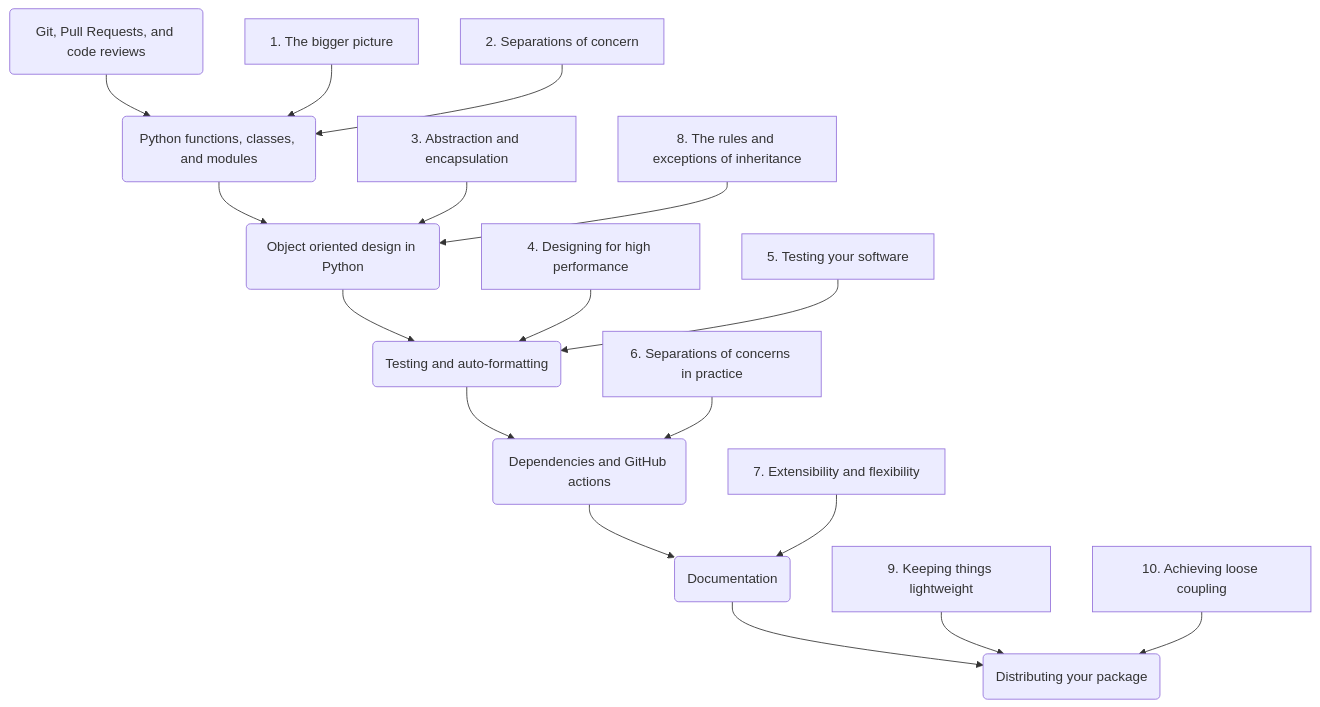
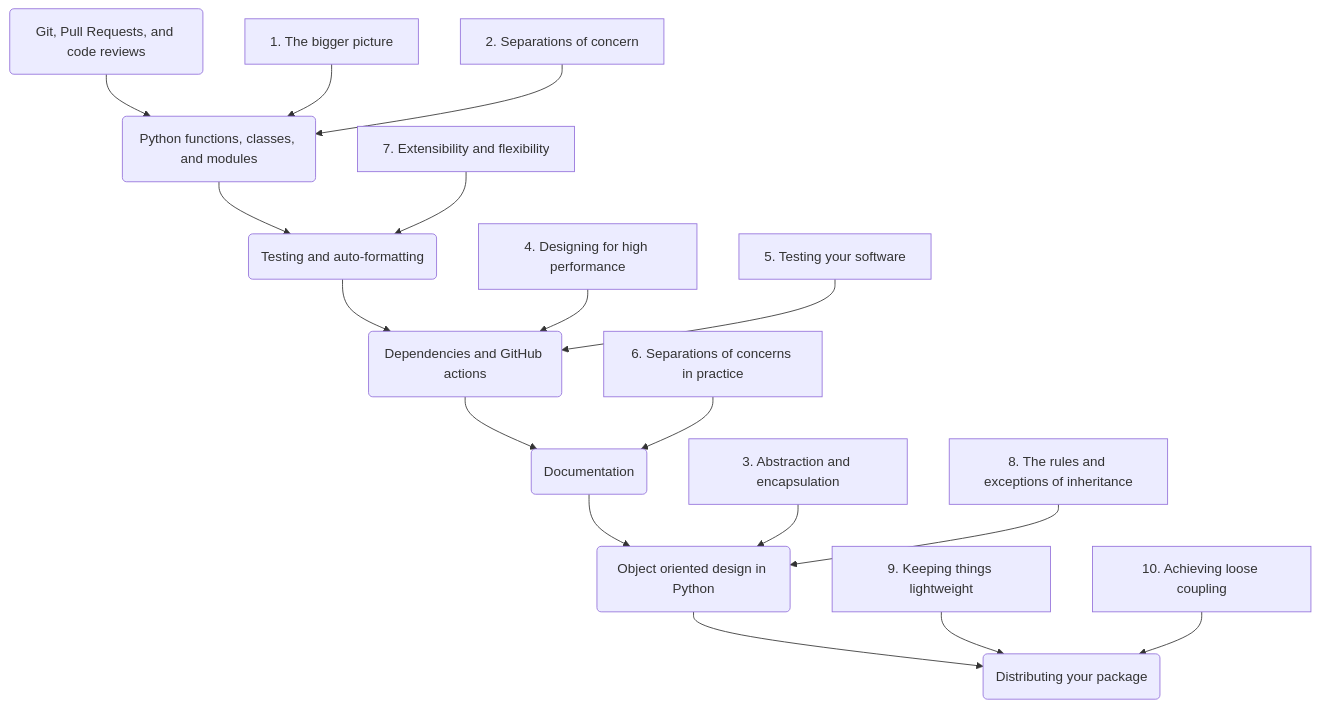
One commit to DHI/python-package-development changed the diagram in course_structure.md. Above: the diagram before and after it, drawn with Mermaid.

Commit message:
Re-order

````diff
--- a/course_structure.md
+++ b/course_structure.md
@@ -1,38 +1,38 @@
 ```mermaid
 
 flowchart TD
 
     M1(Git, Pull Requests, and code reviews)
     M2(Python functions, classes, and modules)
-    M3(Object oriented design in Python)
-    M4(Testing and auto-formatting)
-    M5(Dependencies and GitHub actions)
-    M6(Documentation)
+    M3(Testing and auto-formatting)
+    M4(Dependencies and GitHub actions)
+    M5(Documentation)
+    M6(Object oriented design in Python)
     M7(Distributing your package)
 
     B1[1. The bigger picture]
     B2[2. Separations of concern]
     B3[3. Abstraction and encapsulation]
     B4[4. Designing for high performance]
     B5[5. Testing your software]
     B6[6. Separations of concerns in practice]
     B7[7. Extensibility and flexibility]
     B8[8. The rules and exceptions of inheritance]
     B9[9. Keeping things lightweight]
     B10[10. Achieving loose coupling]
 
     M1 --> M2 --> M3 --> M4 --> M5 --> M6 --> M7
 
     B1 --> M2
     B2 --> M2
-    B3 --> M3
-    B8 --> M3
+    B3 --> M6
+    B8 --> M6
     B4 --> M4
     B5 --> M4
     B6 --> M5
-    B7 --> M6
+    B7 --> M3
 
     B9 --> M7
     B10 --> M7   
     
 ```
````
